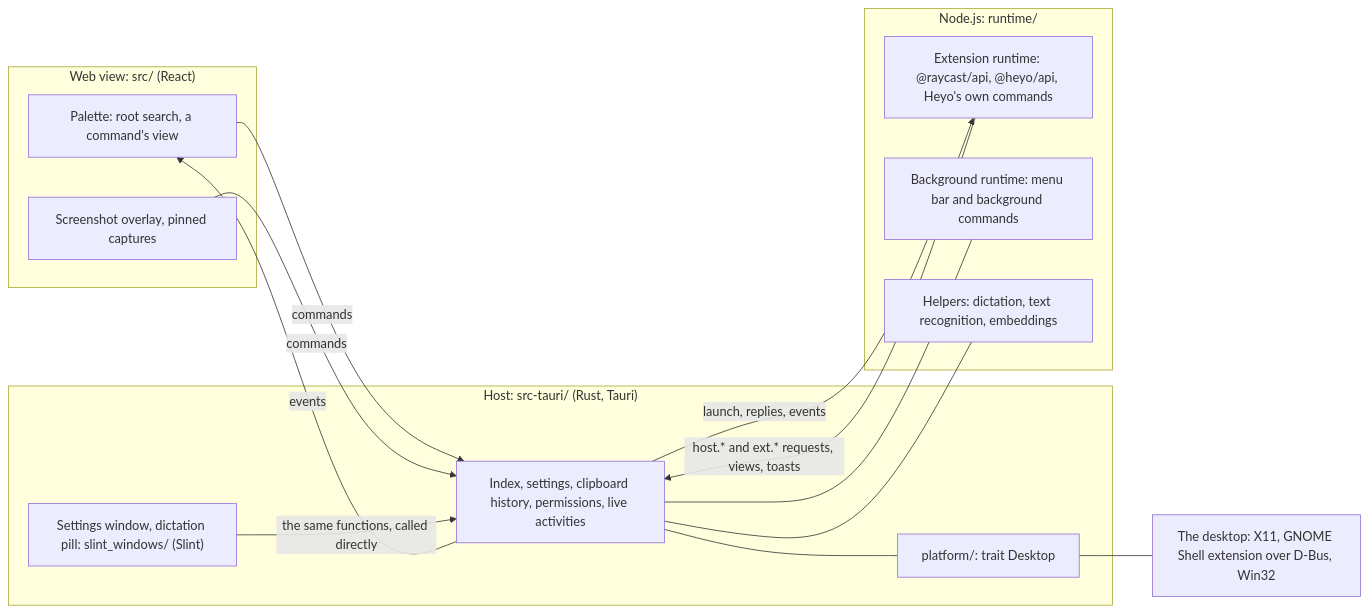
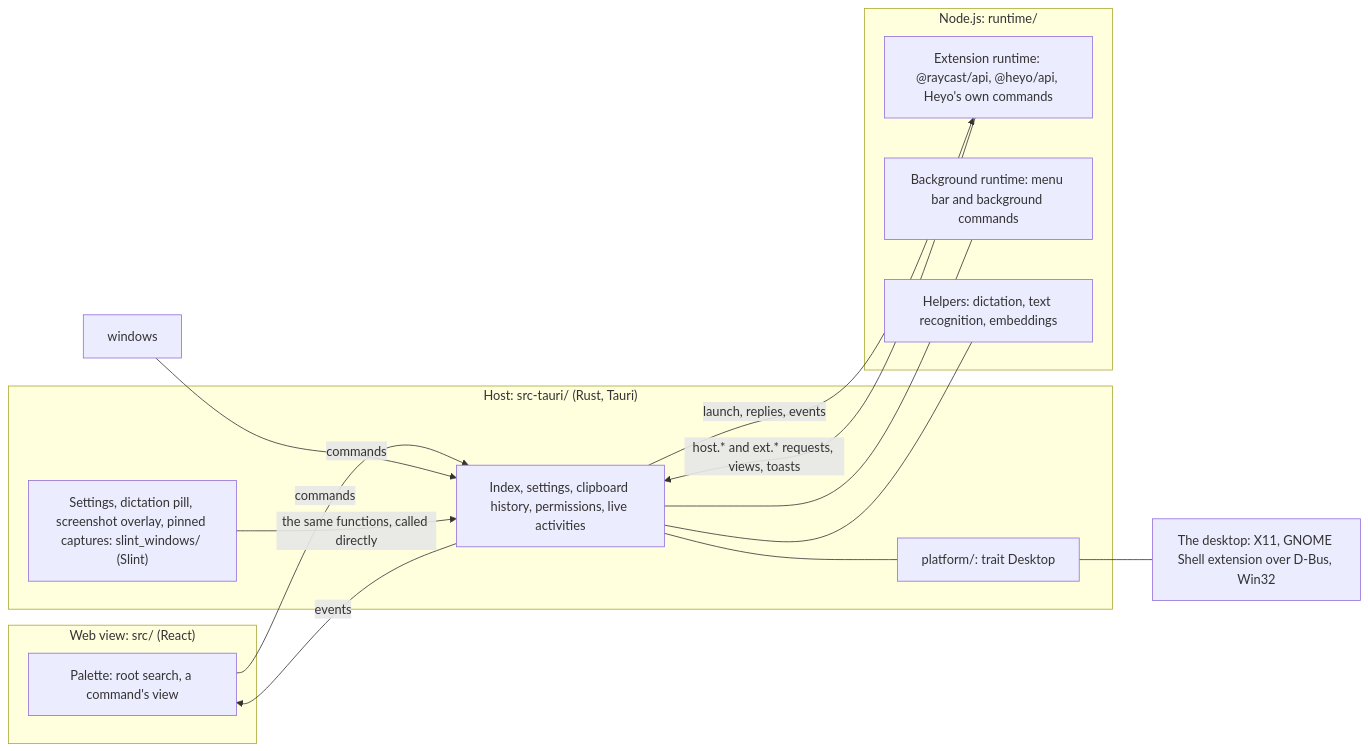
Before and after one commit to hdonix/heyo: the first of 2 diagrams in docs/architecture.md, drawn with Mermaid. The commit also changed other lines of this file and 44 other files, not shown here.

First line of the commit message:
feat(host)!: take screenshots with Slint's overlay, not the web view's

````diff
--- a/docs/architecture.md
+++ b/docs/architecture.md
@@ -12,29 +12,28 @@
 ```mermaid
 flowchart LR
   subgraph web["Web view: src/ (React)"]
     palette["Palette: root search, a command's view"]
-    windows["Screenshot overlay, pinned captures"]
   end
   subgraph host["Host: src-tauri/ (Rust, Tauri)"]
     core["Index, settings, clipboard history, permissions, live activities"]
-    settings["Settings window, dictation pill: slint_windows/ (Slint)"]
+    settings["Settings, dictation pill, screenshot overlay, pinned captures: slint_windows/ (Slint)"]
     platform["platform/: trait Desktop"]
   end
   subgraph node["Node.js: runtime/"]
     runtime["Extension runtime: @raycast/api, @heyo/api, Heyo's own commands"]
     background["Background runtime: menu bar and background commands"]
     helpers["Helpers: dictation, text recognition, embeddings"]
   end
   desktop["The desktop: X11, GNOME Shell extension over D-Bus, Win32"]
 
   palette -- "commands" --> core
   core -- "events" --> palette
   windows -- "commands" --> core
   settings -- "the same functions, called directly" --> core
   core -- "launch, replies, events" --> runtime
   runtime -- "host.* and ext.* requests, views, toasts" --> core
   core --- background
   core --- helpers
   core --- platform
   platform --- desktop
 ```
````
